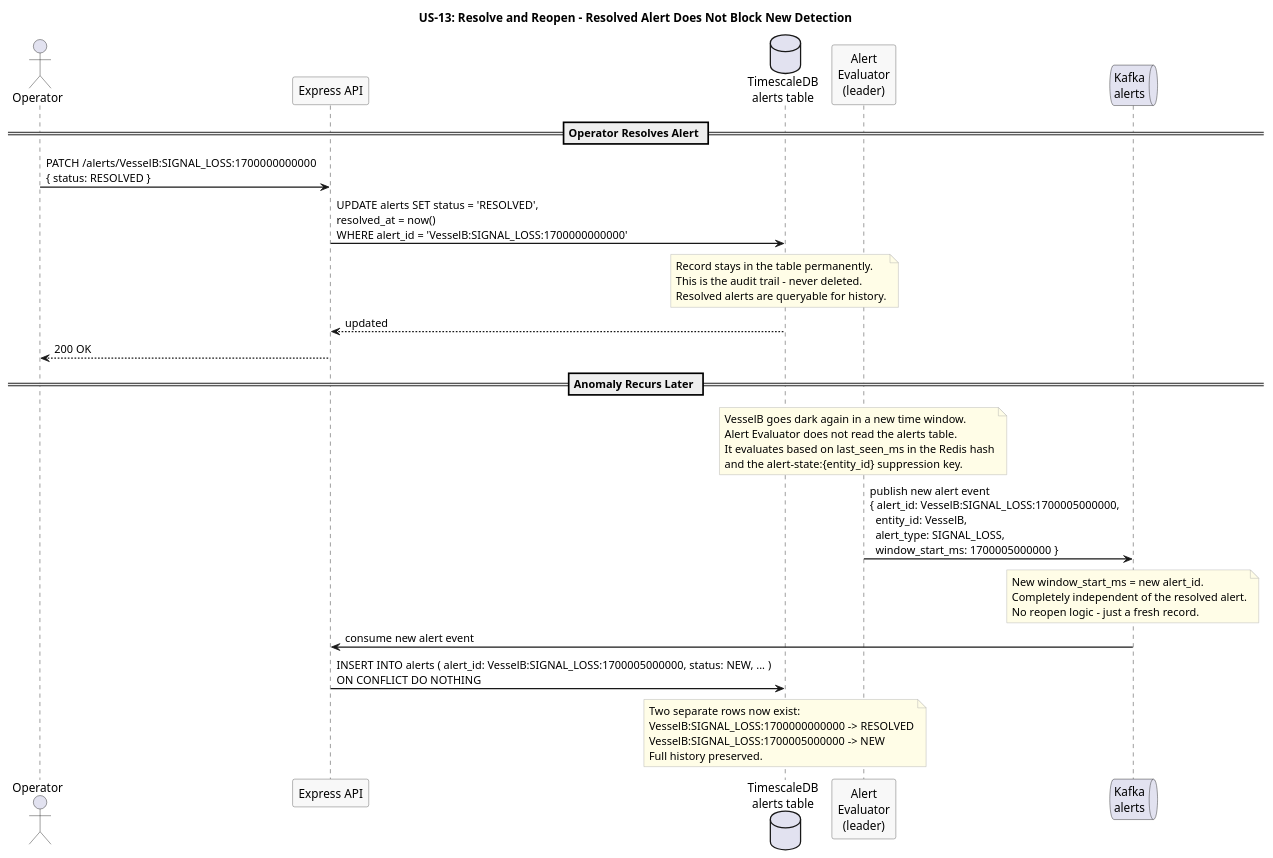
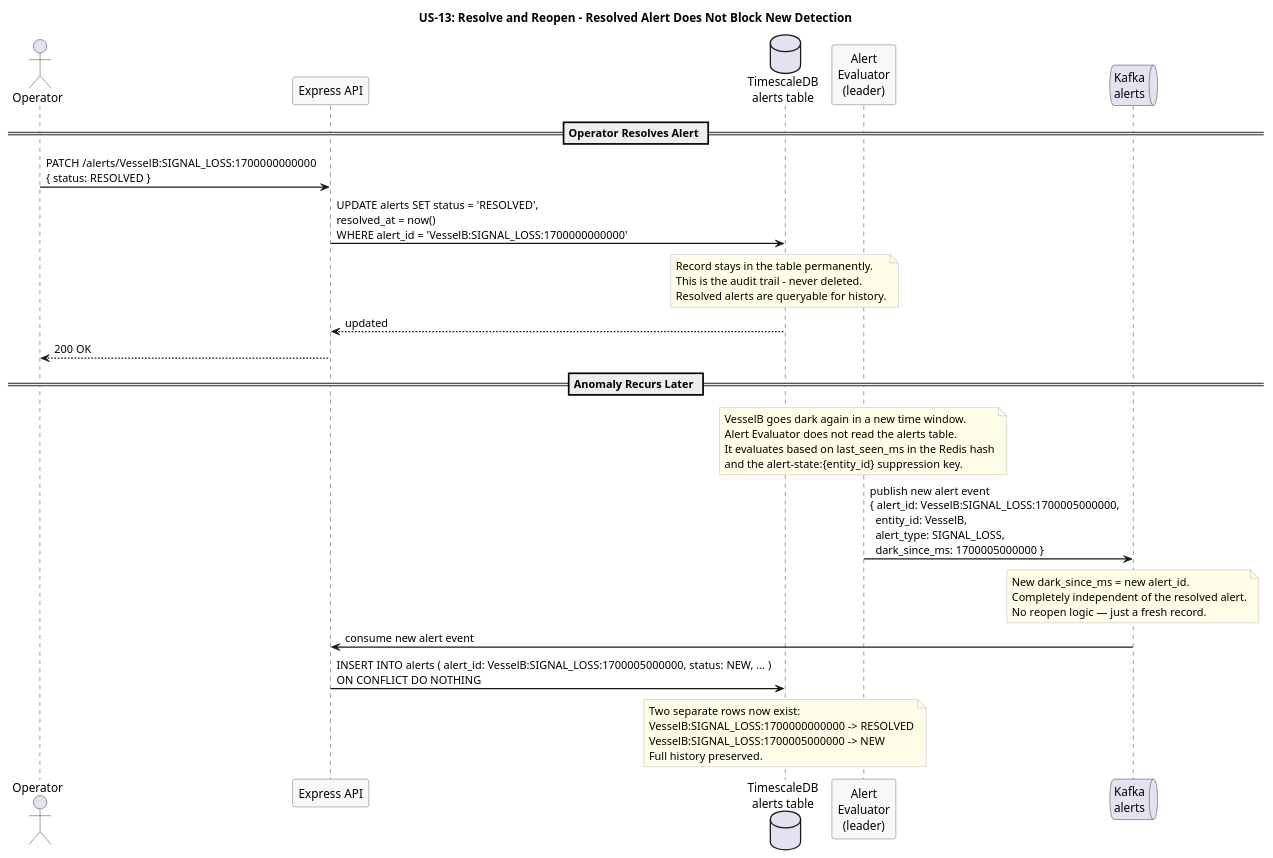
One commit to Buffden/sentinel changed the diagram in docs/use-cases/US-13-alert-lifecycle/resolve-and-reopen.puml. Above: the diagram before and after it, drawn with PlantUML. The commit also changed 4 other files, not shown here.

First line of the commit message:
api: typed alert-events envelope, SUPERSEDED status, alert lifecycle and investigation diagrams

```diff
--- a/docs/use-cases/US-13-alert-lifecycle/resolve-and-reopen.puml
+++ b/docs/use-cases/US-13-alert-lifecycle/resolve-and-reopen.puml
@@ -1,58 +1,58 @@
 @startuml resolve-and-reopen
 title US-13: Resolve and Reopen - Resolved Alert Does Not Block New Detection
 
 skinparam sequenceArrowThickness 1.5
 skinparam participantBorderColor #555555
 skinparam participantBackgroundColor #F8F8F8
 skinparam noteBorderColor #AAAAAA
 skinparam noteBackgroundColor #FFFDE7
 
 actor Operator
 participant "Express API" as API
 database "TimescaleDB\nalerts table" as TSDB
 participant "Alert\nEvaluator\n(leader)" as Evaluator
 queue "Kafka\nalerts" as Kafka
 
 == Operator Resolves Alert ==
 
 Operator -> API : PATCH /alerts/VesselB:SIGNAL_LOSS:1700000000000\n{ status: RESOLVED }
 
 API -> TSDB : UPDATE alerts SET status = 'RESOLVED',\nresolved_at = now()\nWHERE alert_id = 'VesselB:SIGNAL_LOSS:1700000000000'
 
 note over TSDB
   Record stays in the table permanently.
   This is the audit trail - never deleted.
   Resolved alerts are queryable for history.
 end note
 
 TSDB --> API : updated
 API --> Operator : 200 OK
 
 == Anomaly Recurs Later ==
 
 note over Evaluator
   VesselB goes dark again in a new time window.
   Alert Evaluator does not read the alerts table.
   It evaluates based on last_seen_ms in the Redis hash
   and the alert-state:{entity_id} suppression key.
 end note
 
-Evaluator -> Kafka : publish new alert event\n{ alert_id: VesselB:SIGNAL_LOSS:1700005000000,\n  entity_id: VesselB,\n  alert_type: SIGNAL_LOSS,\n  window_start_ms: 1700005000000 }
+Evaluator -> Kafka : publish new alert event\n{ alert_id: VesselB:SIGNAL_LOSS:1700005000000,\n  entity_id: VesselB,\n  alert_type: SIGNAL_LOSS,\n  dark_since_ms: 1700005000000 }
 
 note over Kafka
-  New window_start_ms = new alert_id.
+  New dark_since_ms = new alert_id.
   Completely independent of the resolved alert.
-  No reopen logic - just a fresh record.
+  No reopen logic — just a fresh record.
 end note
 
 Kafka -> API : consume new alert event
 API -> TSDB : INSERT INTO alerts ( alert_id: VesselB:SIGNAL_LOSS:1700005000000, status: NEW, ... )\nON CONFLICT DO NOTHING
 
 note over TSDB
   Two separate rows now exist:
   VesselB:SIGNAL_LOSS:1700000000000 -> RESOLVED
   VesselB:SIGNAL_LOSS:1700005000000 -> NEW
   Full history preserved.
 end note
 
 @enduml
```
